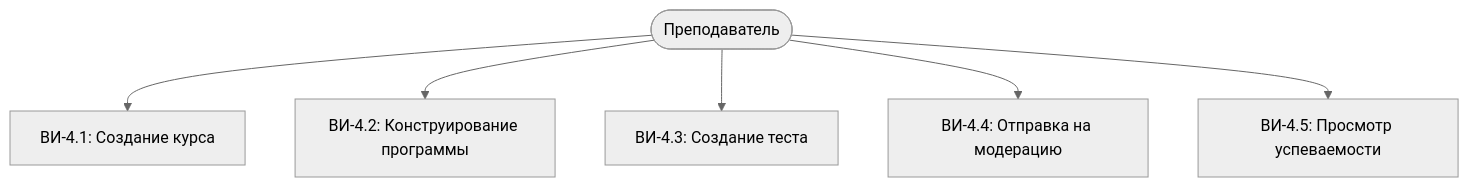
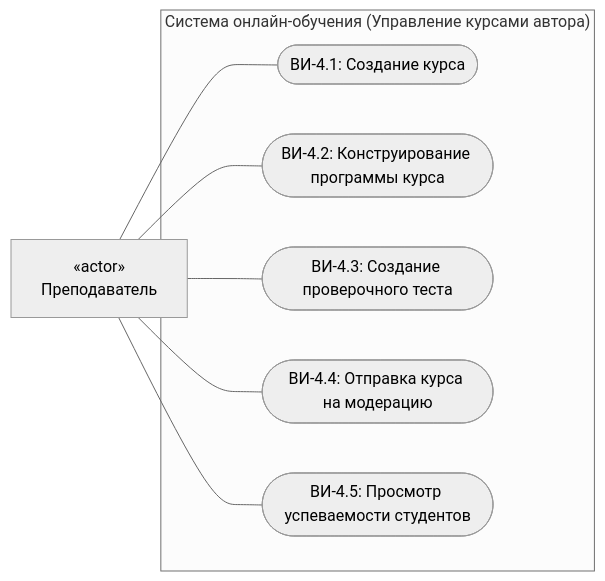
One commit to DrMozq/it-2026 changed the fourth of 5 diagrams in projects/10/03-Системный аналитик/Варианты использования.md. Above: the diagram before and after it, drawn with Mermaid (neutral theme). The commit also changed other lines of this file and 4 other files, not shown here.

Commit message:
team 10: fix audit comments - remove English titles, shorten intros, Russian labels, UML notation, NFR cleanup

````diff
--- a/projects/10/03-Системный аналитик/Варианты использования.md
+++ b/projects/10/03-Системный аналитик/Варианты использования.md
@@ -48,8 +102,18 @@
 ```mermaid
-flowchart TD
-    T(["Преподаватель"]) --> UC12["ВИ-4.1: Создание курса"]
-    T --> UC13["ВИ-4.2: Конструирование программы"]
-    T --> UC14["ВИ-4.3: Создание теста"]
-    T --> UC15["ВИ-4.4: Отправка на модерацию"]
-    T --> UC16["ВИ-4.5: Просмотр успеваемости"]
+flowchart LR
+    Преподаватель["«actor»<br/>Преподаватель"]
+
+    subgraph ГраницаСистемы3 ["Система онлайн-обучения (Управление курсами автора)"]
+        ВИ_СозданиеКурса(["ВИ-4.1: Создание курса"])
+        ВИ_ПрограммаКурса(["ВИ-4.2: Конструирование программы курса"])
+        ВИ_СозданиеТеста(["ВИ-4.3: Создание проверочного теста"])
+        ВИ_ОтправкаНаМодерацию(["ВИ-4.4: Отправка курса на модерацию"])
+        ВИ_УспеваемостьСтудентов(["ВИ-4.5: Просмотр успеваемости студентов"])
+    end
+
+    Преподаватель --- ВИ_СозданиеКурса
+    Преподаватель --- ВИ_ПрограммаКурса
+    Преподаватель --- ВИ_СозданиеТеста
+    Преподаватель --- ВИ_ОтправкаНаМодерацию
+    Преподаватель --- ВИ_УспеваемостьСтудентов
 ```
````
